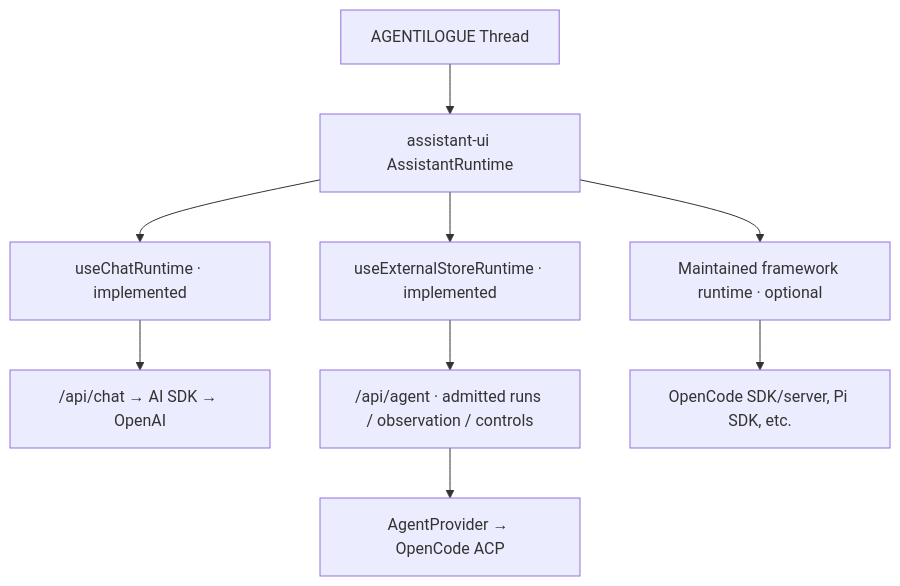
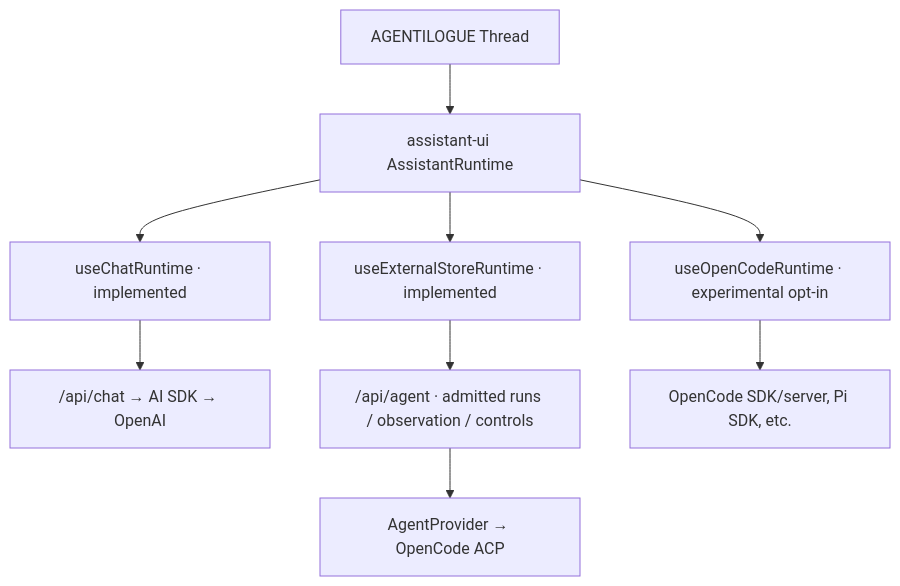
One commit to tbrandenburg/agentilogue changed the second of 3 diagrams in docs/ARCHITECTURE.md. Above: the diagram before and after it, drawn with Mermaid. The commit also changed other lines of this file and 15 other files, not shown here.

Commit message:
fix(native): adopt upstream titles and finalize experimental checks

````diff
--- a/docs/ARCHITECTURE.md
+++ b/docs/ARCHITECTURE.md
@@ -31,11 +31,11 @@
 ```mermaid
 flowchart TB
     UI["AGENTILOGUE Thread"] --> ROOT["assistant-ui AssistantRuntime"]
     ROOT --> SDK["useChatRuntime · implemented"]
     SDK --> CHAT["/api/chat → AI SDK → OpenAI"]
     ROOT --> ACP["useExternalStoreRuntime · implemented"]
     ACP --> API["/api/agent · admitted runs / observation / controls"]
     API --> PORT["AgentProvider → OpenCode ACP"]
-    ROOT --> NATIVE["Maintained framework runtime · optional"]
+    ROOT --> NATIVE["useOpenCodeRuntime · experimental opt-in"]
     NATIVE --> UPSTREAM["OpenCode SDK/server, Pi SDK, etc."]
 ```
````
